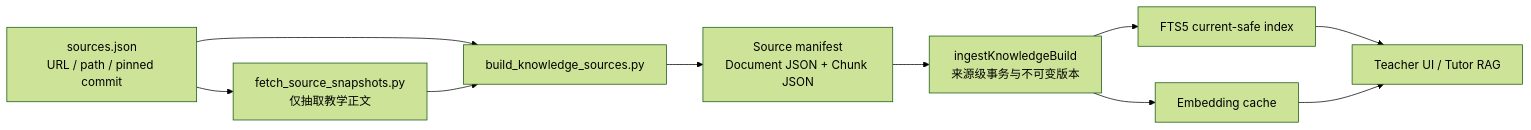
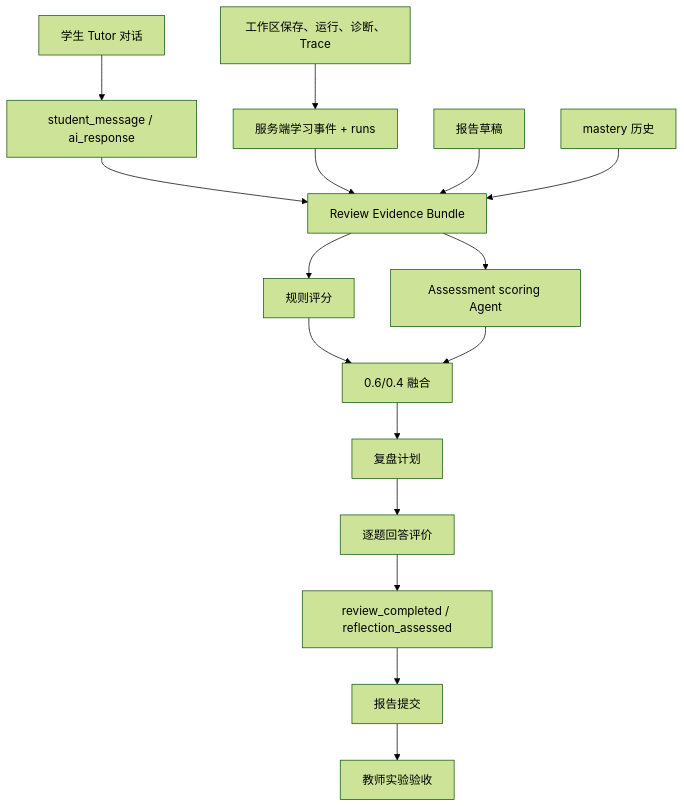
One commit to AM-SuSh/EVOLVE changed the third of 3 diagrams in os-lab/docs/agent-system-technical.md. Above: the diagram before and after it, drawn with Mermaid (forest theme). The commit also changed other lines of this file and 1 other file, not shown here.

Commit message:
docs: reorganize agent system technical implementation

````diff
--- a/os-lab/docs/agent-system-technical.md
+++ b/os-lab/docs/agent-system-technical.md
@@ -319,12 +530,18 @@
 ```mermaid
-flowchart LR
-  I[sources.json\nURL / path / pinned commit] --> S[fetch_source_snapshots.py\n仅抽取教学正文]
-  I --> B[build_knowledge_sources.py]
-  S --> B
-  B --> M[Source manifest\nDocument JSON + Chunk JSON]
-  M --> K[ingestKnowledgeBuild\n来源级事务与不可变版本]
-  K --> F[FTS5 current-safe index]
-  K --> V[Embedding cache]
-  F --> U[Teacher UI / Tutor RAG]
-  V --> U
+flowchart TD
+  C[学生 Tutor 对话] --> CE[student_message / ai_response]
+  W[工作区保存、运行、诊断、Trace] --> EV[服务端学习事件 + runs]
+  CE --> B[Review Evidence Bundle]
+  EV --> B
+  R[报告草稿] --> B
+  M[mastery 历史] --> B
+  B --> RA[规则评分]
+  B --> AA[Assessment scoring Agent]
+  RA --> F[0.6/0.4 融合]
+  AA --> F
+  F --> RP[复盘计划]
+  RP --> QA[逐题回答评价]
+  QA --> RE[review_completed / reflection_assessed]
+  RE --> SUB[报告提交]
+  SUB --> TE[教师实验验收]
 ```
````
